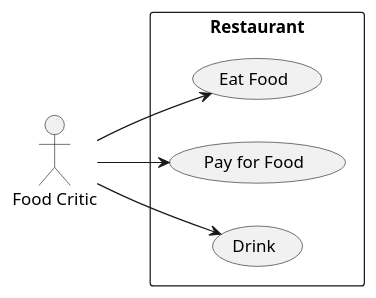
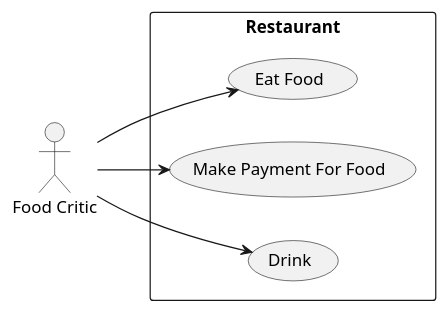
The diagram in docs/diagrams/actorsUseCaseDiagram.plantuml (IamLouiss/IS-022023), drawn with PlantUML before and after one commit.

Commit message:
Cambio al diagrama

```diff
--- a/docs/diagrams/actorsUseCaseDiagram.plantuml
+++ b/docs/diagrams/actorsUseCaseDiagram.plantuml
@@ -1,12 +1,12 @@
 @startuml Restaurant
 left to right direction
 actor "Food Critic" as fc
 rectangle Restaurant {
   usecase "Eat Food" as UC1
-  usecase "Pay for Food" as UC2
+  usecase "Make Payment For Food" as UC2
   usecase "Drink" as UC3
 }
 fc --> UC1
 fc --> UC2
 fc --> UC3
 @enduml
```
